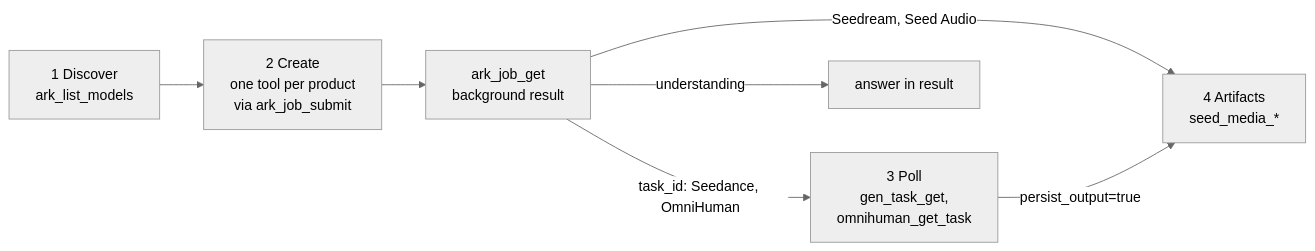
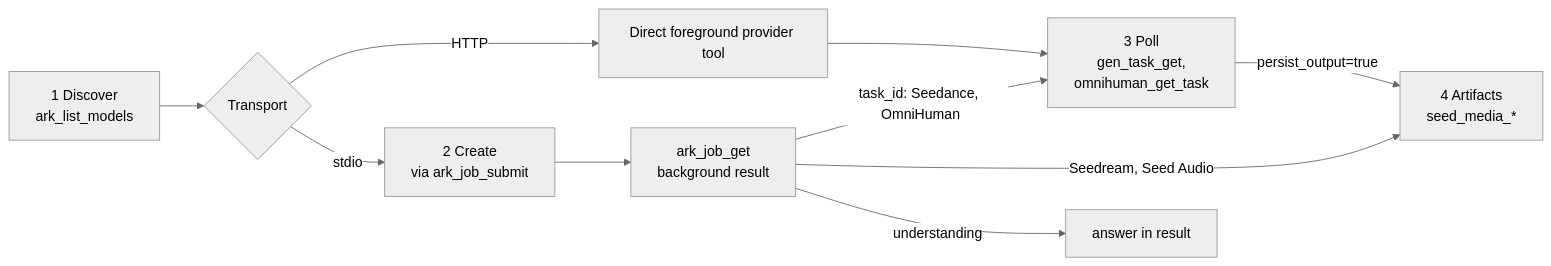
The diagram in .agents/skills/ark-mcp/SKILL.md (byteplus-sa/seed-mcp), drawn with Mermaid (neutral theme) before and after one commit. The commit also changed other lines of this file and 180 other files, not shown here.

````diff
--- a/.agents/skills/ark-mcp/SKILL.md
+++ b/.agents/skills/ark-mcp/SKILL.md
@@ -41,9 +52,12 @@
 ```mermaid
 flowchart LR
-    discover["1 Discover<br/>ark_list_models"] --> create["2 Create<br/>one tool per product<br/>via ark_job_submit"]
+    discover["1 Discover<br/>ark_list_models"] --> mode{"Transport"}
+    mode -->|HTTP| direct["Direct foreground provider tool"]
+    mode -->|stdio| create["2 Create<br/>via ark_job_submit"]
+    direct --> poll
     create --> job["ark_job_get<br/>background result"]
     job -->|"task_id: Seedance, OmniHuman"| poll["3 Poll<br/>gen_task_get,<br/>omnihuman_get_task"]
     job -->|"Seedream, Seed Audio"| artifacts["4 Artifacts<br/>seed_media_*"]
     job -->|"understanding"| text["answer in result"]
     poll -->|"persist_output=true"| artifacts
 ```
````
